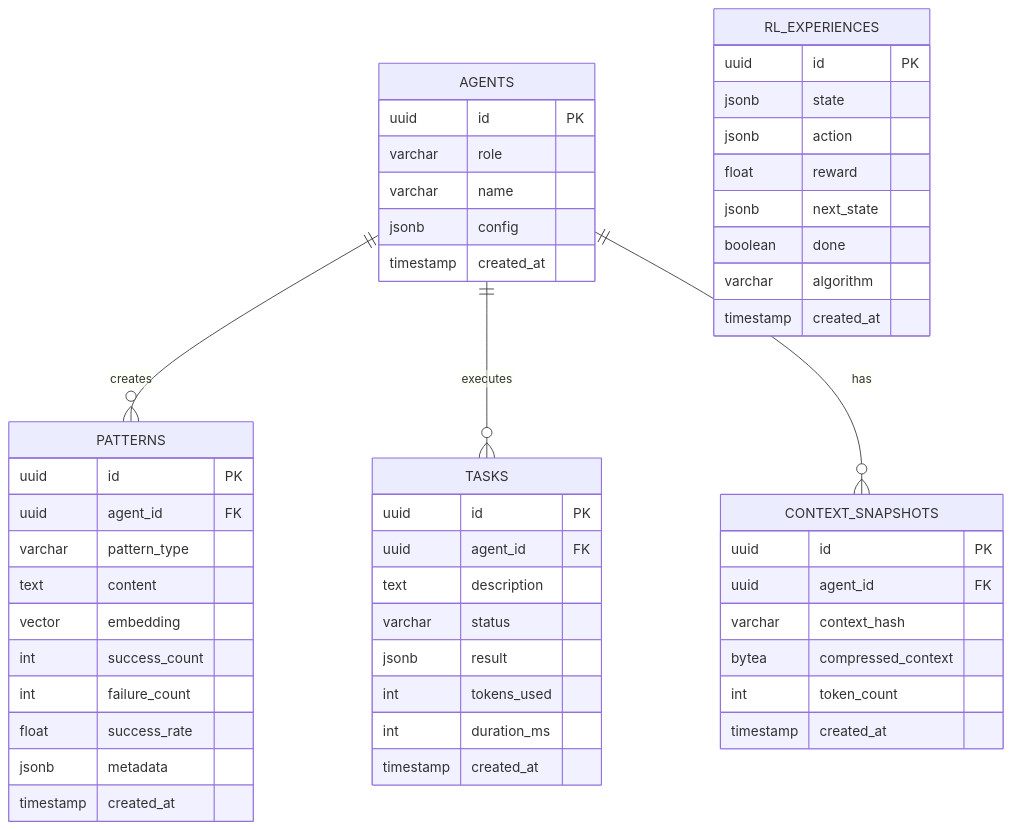
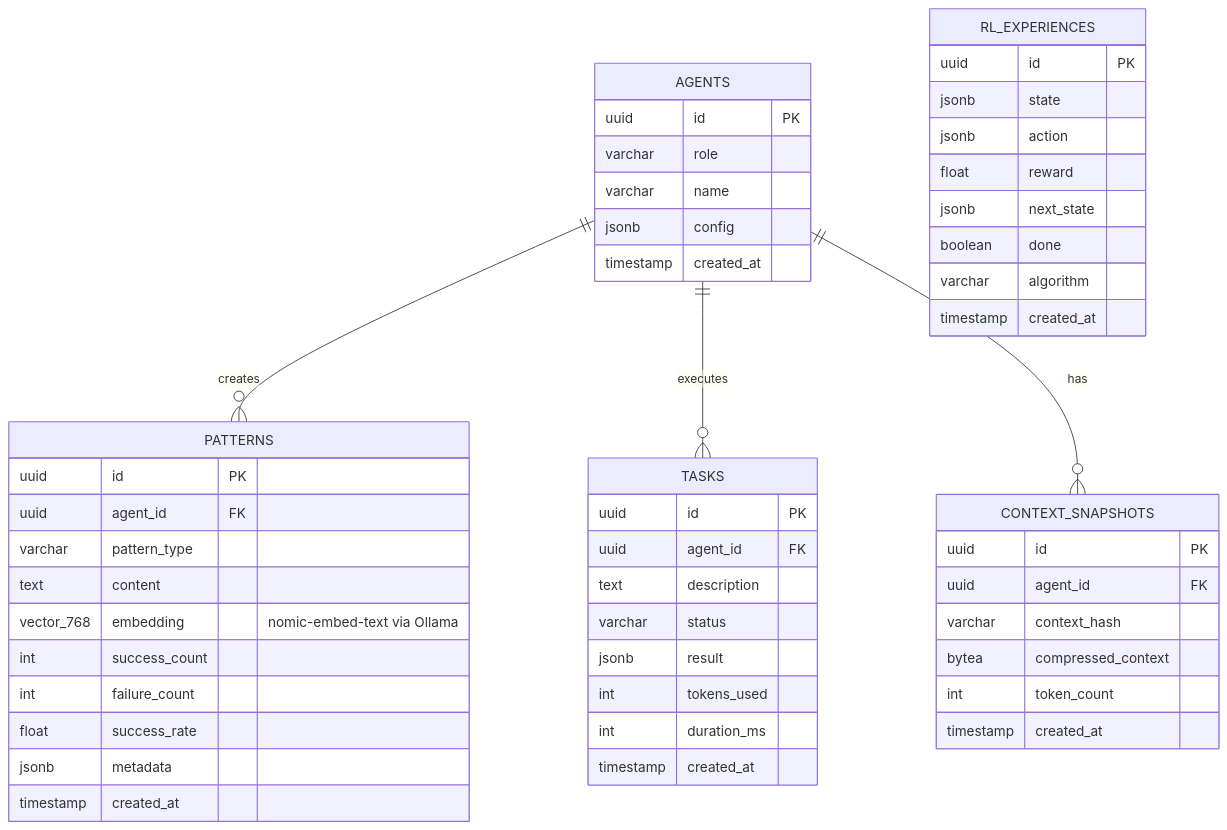
Before and after one commit to mjhcompany/cca: the eighth of 18 diagrams in docs/architecture.md, drawn with Mermaid. The commit also changed other lines of this file and 21 other files, not shown here.

````diff
--- a/docs/architecture.md
+++ b/docs/architecture.md
@@ -255,58 +268,58 @@
 ```mermaid
 erDiagram
     AGENTS ||--o{ PATTERNS : creates
     AGENTS ||--o{ TASKS : executes
     AGENTS ||--o{ CONTEXT_SNAPSHOTS : has
 
     AGENTS {
         uuid id PK
         varchar role
         varchar name
         jsonb config
         timestamp created_at
     }
 
     PATTERNS {
         uuid id PK
         uuid agent_id FK
         varchar pattern_type
         text content
-        vector embedding
+        vector_768 embedding "nomic-embed-text via Ollama"
         int success_count
         int failure_count
         float success_rate
         jsonb metadata
         timestamp created_at
     }
 
     TASKS {
         uuid id PK
         uuid agent_id FK
         text description
         varchar status
         jsonb result
         int tokens_used
         int duration_ms
         timestamp created_at
     }
 
     RL_EXPERIENCES {
         uuid id PK
         jsonb state
         jsonb action
         float reward
         jsonb next_state
         boolean done
         varchar algorithm
         timestamp created_at
     }
 
     CONTEXT_SNAPSHOTS {
         uuid id PK
         uuid agent_id FK
         varchar context_hash
         bytea compressed_context
         int token_count
         timestamp created_at
     }
 ```
````
